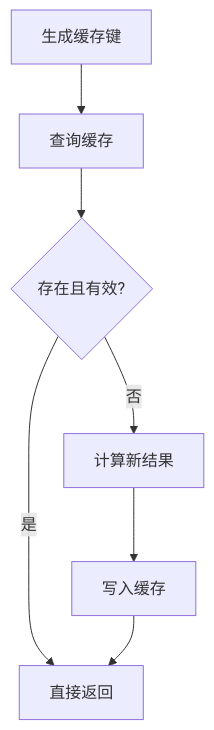
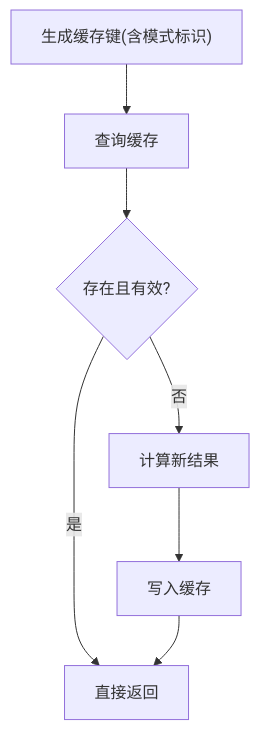
One commit to cwb7756/bio changed the ninth of 12 diagrams in .qoder/repowiki/zh/content/核心功能模块/AI智能助手.md. Above: the diagram before and after it, drawn with Mermaid. The commit also changed other lines of this file and 45 other files, not shown here.

````diff
--- a/.qoder/repowiki/zh/content/核心功能模块/AI智能助手.md
+++ b/.qoder/repowiki/zh/content/核心功能模块/AI智能助手.md
@@ -301,9 +424,9 @@
 ```mermaid
 flowchart TD
-Key["生成缓存键"] --> Check["查询缓存"]
+Key["生成缓存键(含模式标识)"] --> Check["查询缓存"]
 Check --> Found{"存在且有效?"}
 Found --> |是| Use["直接返回"]
 Found --> |否| Compute["计算新结果"]
 Compute --> Store["写入缓存"]
 Store --> Use
 ```
````
